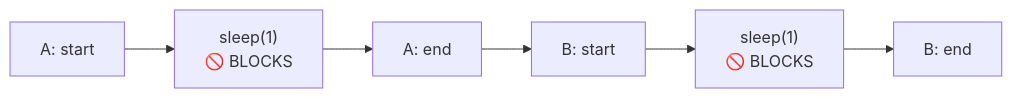
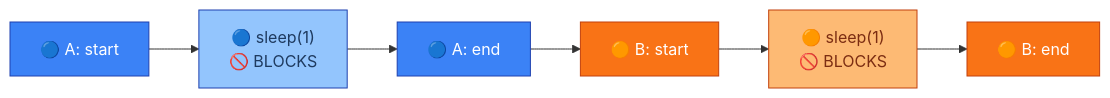
The eighth of 13 diagrams in _posts/2026-25-01-understanding-async-python.md (gitlost-murali/blogs), drawn with Mermaid before and after one commit. The commit also changed other lines of this file, not shown here.

```diff
--- a/_posts/2026-25-01-understanding-async-python.md
+++ b/_posts/2026-25-01-understanding-async-python.md
@@ -525,4 +530,9 @@
 <div class="mermaid">
 flowchart LR
-    A1["A: start"] --> A2["sleep(1)<br/>🚫 BLOCKS"] --> A3["A: end"] --> B1["B: start"] --> B2["sleep(1)<br/>🚫 BLOCKS"] --> B3["B: end"]
+    A1["🔵 A: start"]:::taskA --> A2["🔵 sleep(1)<br/>🚫 BLOCKS"]:::taskAblock --> A3["🔵 A: end"]:::taskA --> B1["🟠 B: start"]:::taskB --> B2["🟠 sleep(1)<br/>🚫 BLOCKS"]:::taskBblock --> B3["🟠 B: end"]:::taskB
+
+    classDef taskA fill:#3b82f6,stroke:#1e40af,color:#fff
+    classDef taskAblock fill:#93c5fd,stroke:#1e40af,color:#1e3a5f
+    classDef taskB fill:#f97316,stroke:#c2410c,color:#fff
+    classDef taskBblock fill:#fdba74,stroke:#c2410c,color:#7c2d12
 </div>
```
